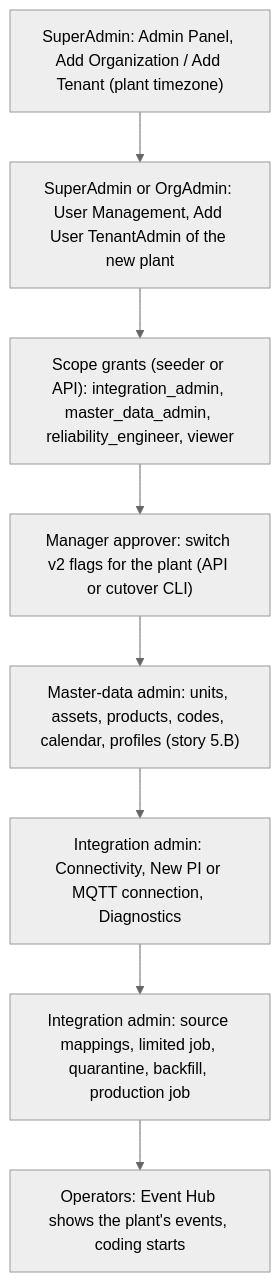
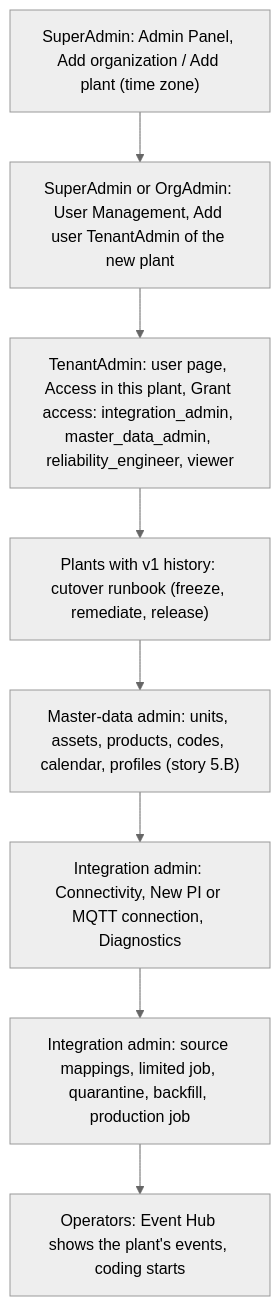
One commit to tofelemed/PLA-Downtime-RCA-V3 changed the fourth of 5 diagrams in docs/PERSONA_USER_FLOWS.md. Above: the diagram before and after it, drawn with Mermaid (neutral theme). The commit also changed other lines of this file and 61 other files, not shown here.

````diff
--- a/docs/PERSONA_USER_FLOWS.md
+++ b/docs/PERSONA_USER_FLOWS.md
@@ -934,10 +945,10 @@
 ```mermaid
 flowchart TD
-    S1["SuperAdmin: Admin Panel, Add Organization / Add Tenant (plant timezone)"] --> S2["SuperAdmin or OrgAdmin: User Management, Add User TenantAdmin of the new plant"]
-    S2 --> S3["Scope grants (seeder or API): integration_admin, master_data_admin, reliability_engineer, viewer"]
-    S3 --> S4["Manager approver: switch v2 flags for the plant (API or cutover CLI)"]
+    S1["SuperAdmin: Admin Panel, Add organization / Add plant (time zone)"] --> S2["SuperAdmin or OrgAdmin: User Management, Add user TenantAdmin of the new plant"]
+    S2 --> S3["TenantAdmin: user page, Access in this plant, Grant access: integration_admin, master_data_admin, reliability_engineer, viewer"]
+    S3 --> S4["Plants with v1 history: cutover runbook (freeze, remediate, release)"]
     S4 --> S5["Master-data admin: units, assets, products, codes, calendar, profiles (story 5.B)"]
     S5 --> S6["Integration admin: Connectivity, New PI or MQTT connection, Diagnostics"]
     S6 --> S7["Integration admin: source mappings, limited job, quarantine, backfill, production job"]
     S7 --> S8["Operators: Event Hub shows the plant's events, coding starts"]
 ```
````
